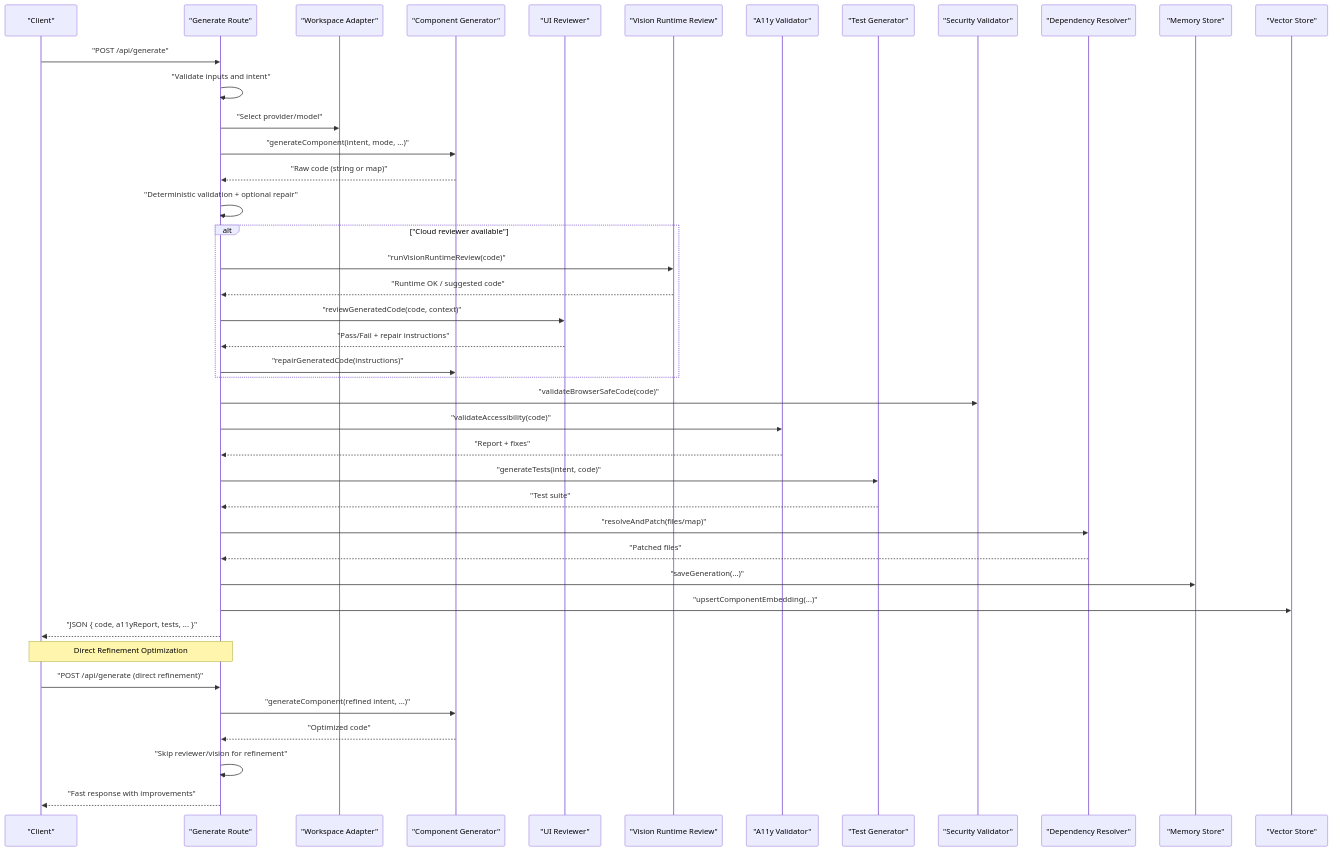
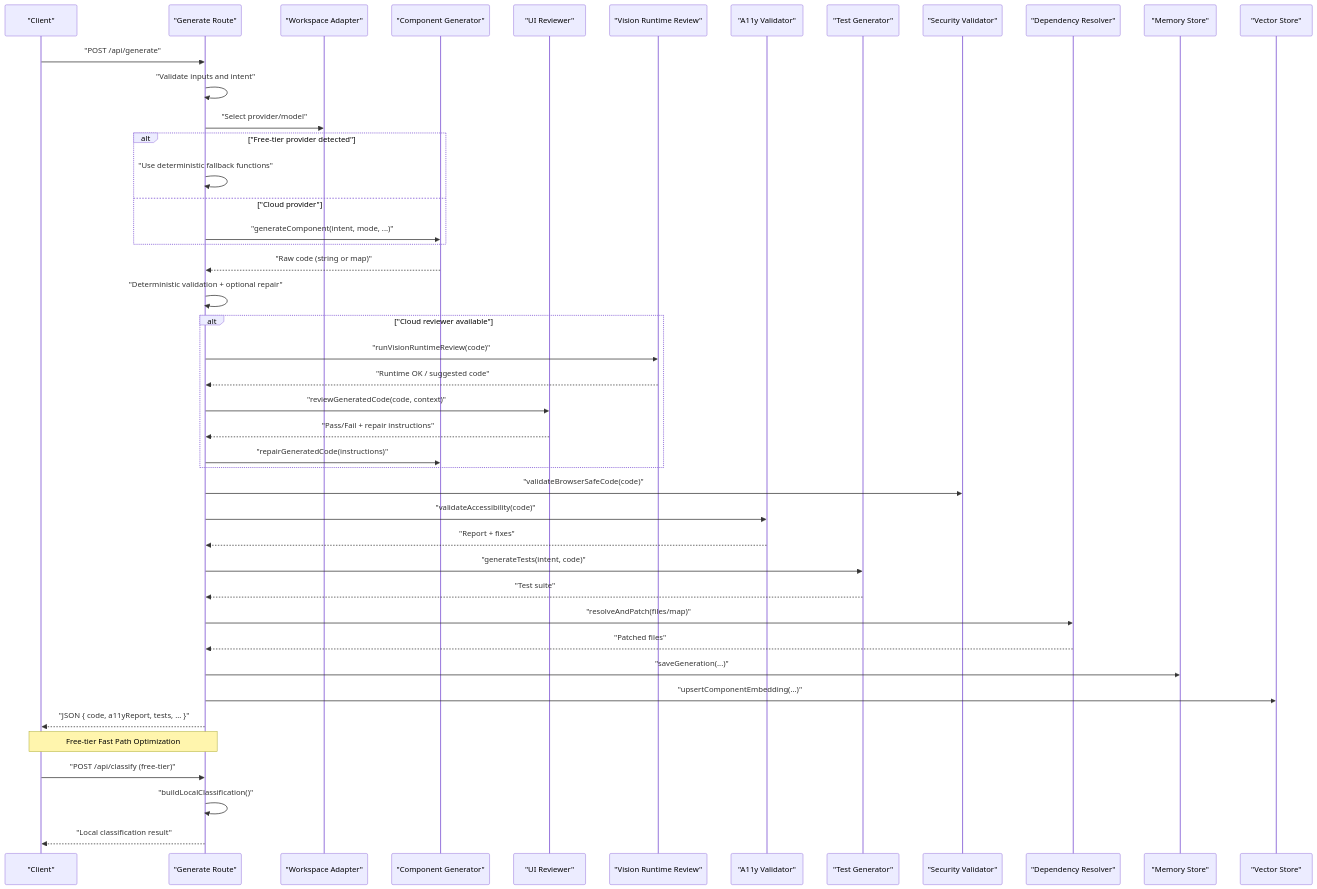
One commit to shekhargiri005-dotcom/AI-powered-accessibility-first-UI-engine changed the second of 4 diagrams in .qoder/repowiki/en/content/AI Generation Engine/Core Generation Pipeline/Core Generation Pipeline.md. Above: the diagram before and after it, drawn with Mermaid. The commit also changed other lines of this file and 38 other files, not shown here.

````diff
--- a/.qoder/repowiki/en/content/AI Generation Engine/Core Generation Pipeline/Core Generation Pipeline.md
+++ b/.qoder/repowiki/en/content/AI Generation Engine/Core Generation Pipeline/Core Generation Pipeline.md
@@ -131,44 +149,46 @@
 ```mermaid
 sequenceDiagram
 participant Client as "Client"
 participant API as "Generate Route"
 participant Adapter as "Workspace Adapter"
 participant Gen as "Component Generator"
 participant Review as "UI Reviewer"
 participant Vision as "Vision Runtime Review"
 participant A11y as "A11y Validator"
 participant Tests as "Test Generator"
 participant Sec as "Security Validator"
 participant Dep as "Dependency Resolver"
 participant Mem as "Memory Store"
 participant Emb as "Vector Store"
 Client->>API : "POST /api/generate"
 API->>API : "Validate inputs and intent"
 API->>Adapter : "Select provider/model"
+alt "Free-tier provider detected"
+API->>API : "Use deterministic fallback functions"
+else "Cloud provider"
 API->>Gen : "generateComponent(intent, mode, ...)"
+end
 Gen-->>API : "Raw code (string or map)"
 API->>API : "Deterministic validation + optional repair"
 alt "Cloud reviewer available"
 API->>Vision : "runVisionRuntimeReview(code)"
 Vision-->>API : "Runtime OK / suggested code"
 API->>Review : "reviewGeneratedCode(code, context)"
 Review-->>API : "Pass/Fail + repair instructions"
 API->>Gen : "repairGeneratedCode(instructions)"
 end
 API->>Sec : "validateBrowserSafeCode(code)"
 API->>A11y : "validateAccessibility(code)"
 A11y-->>API : "Report + fixes"
 API->>Tests : "generateTests(intent, code)"
 Tests-->>API : "Test suite"
 API->>Dep : "resolveAndPatch(files/map)"
 Dep-->>API : "Patched files"
 API->>Mem : "saveGeneration(...)"
 API->>Emb : "upsertComponentEmbedding(...)"
 API-->>Client : "JSON { code, a11yReport, tests, ... }"
-Note over Client,API : Direct Refinement Optimization
-Client->>API : "POST /api/generate (direct refinement)"
-API->>Gen : "generateComponent(refined intent, ...)"
-Gen-->>API : "Optimized code"
-API->>API : "Skip reviewer/vision for refinement"
-API-->>Client : "Fast response with improvements"
+Note over Client,API : Free-tier Fast Path Optimization
+Client->>API : "POST /api/classify (free-tier)"
+API->>API : "buildLocalClassification()"
+API-->>Client : "Local classification result"
 ```
````
